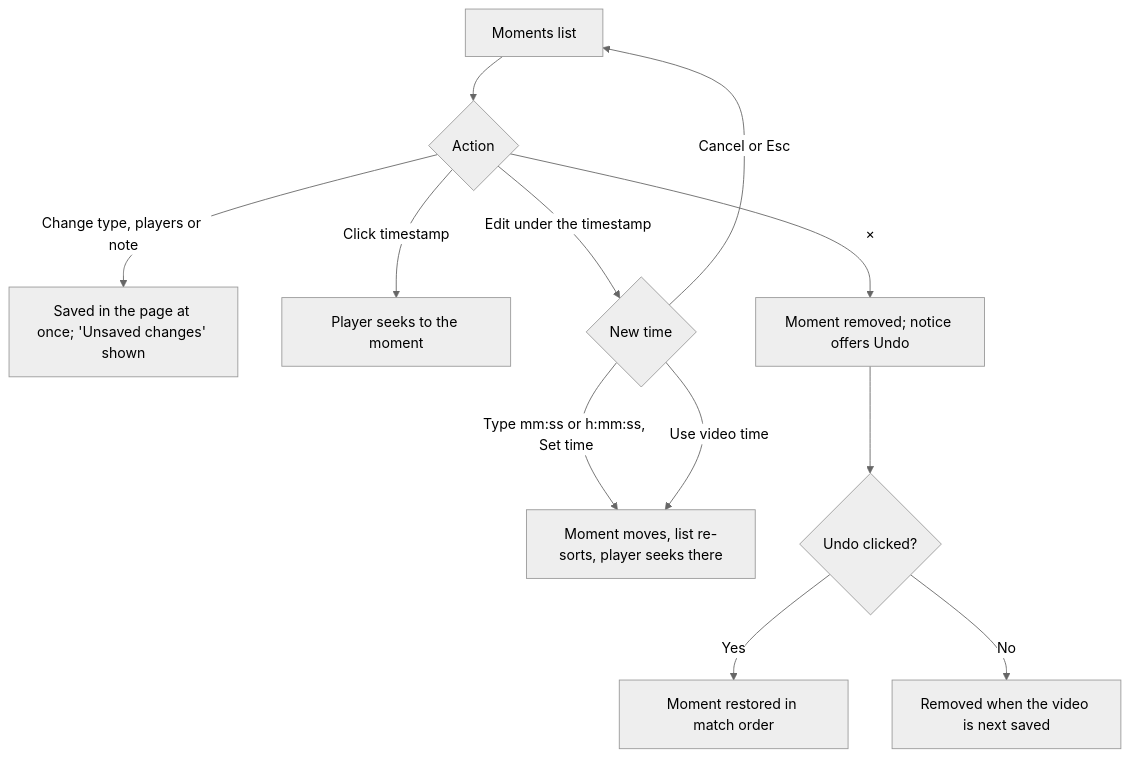
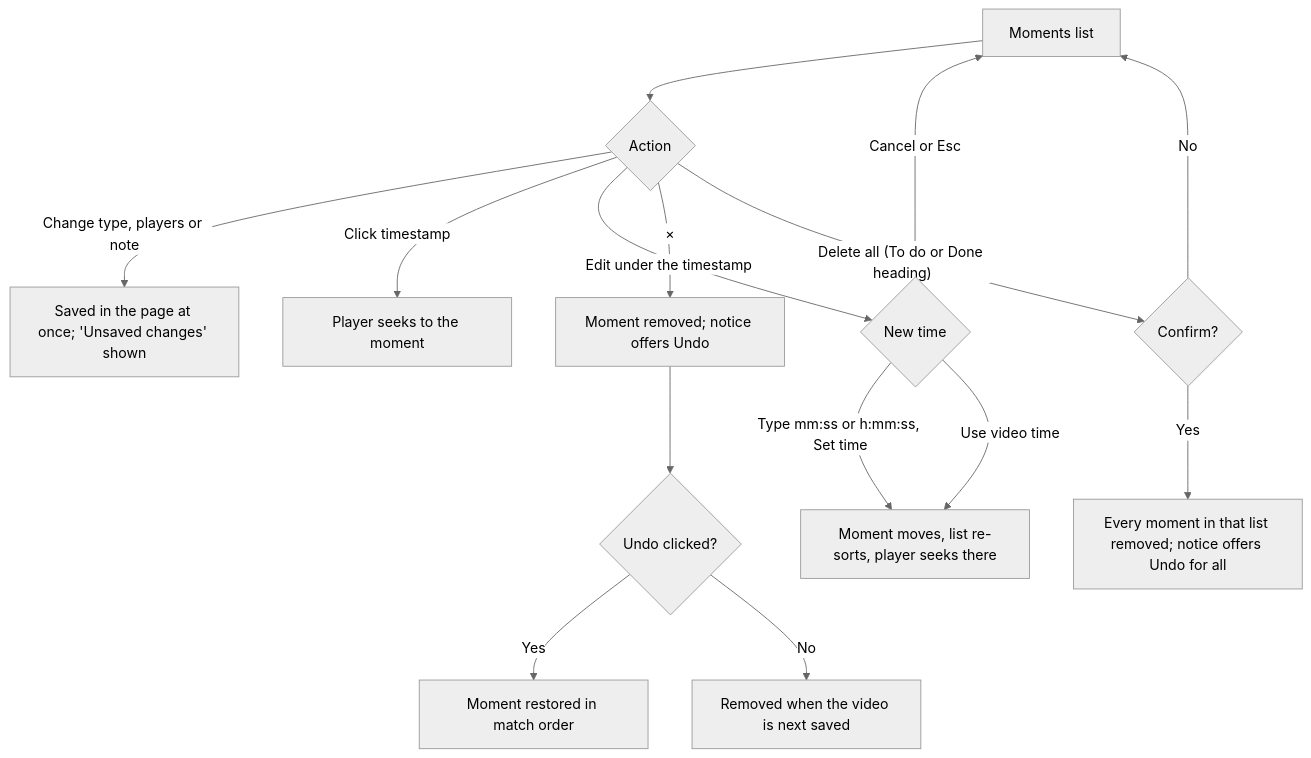
One commit to LeandroBerretta/touchline-video-tagging changed the fifth of 12 diagrams in docs/USE_CASE_FLOWS.md. Above: the diagram before and after it, drawn with Mermaid (neutral theme). The commit also changed other lines of this file and 3 other files, not shown here.

````diff
--- a/docs/USE_CASE_FLOWS.md
+++ b/docs/USE_CASE_FLOWS.md
@@ -121,14 +127,17 @@
 ```mermaid
 flowchart TD
   A[Moments list] --> B{Action}
   B -- Change type, players or note --> C[Saved in the page at once; 'Unsaved changes' shown]
   B -- Click timestamp --> D[Player seeks to the moment]
   B -- Edit under the timestamp --> T{New time}
   T -- "Type mm:ss or h:mm:ss, Set time" --> T1[Moment moves, list re-sorts, player seeks there]
   T -- Use video time --> T1
   T -- Cancel or Esc --> A
   B -- × --> E[Moment removed; notice offers Undo]
+  B -- "Delete all (To do or Done heading)" --> DA{Confirm?}
+  DA -- No --> A
+  DA -- Yes --> E2[Every moment in that list removed; notice offers Undo for all]
   E --> F{Undo clicked?}
   F -- Yes --> G[Moment restored in match order]
   F -- No --> H[Removed when the video is next saved]
 ```
````
